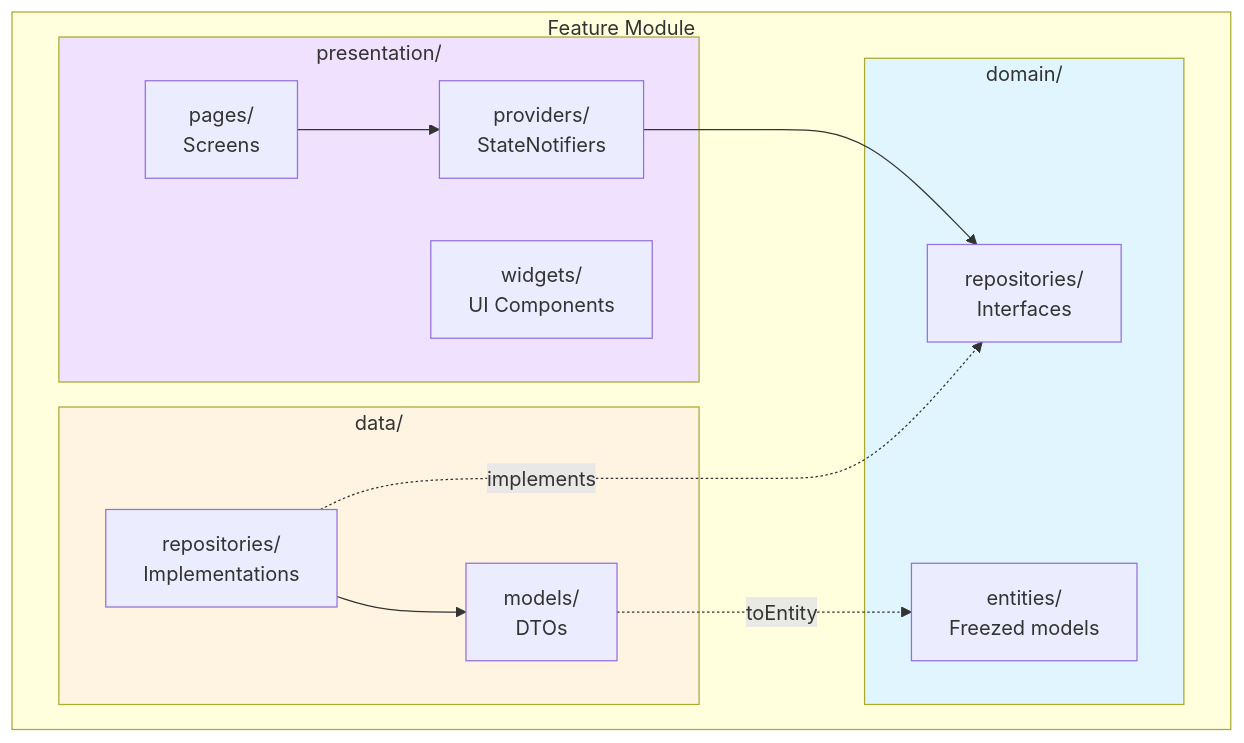
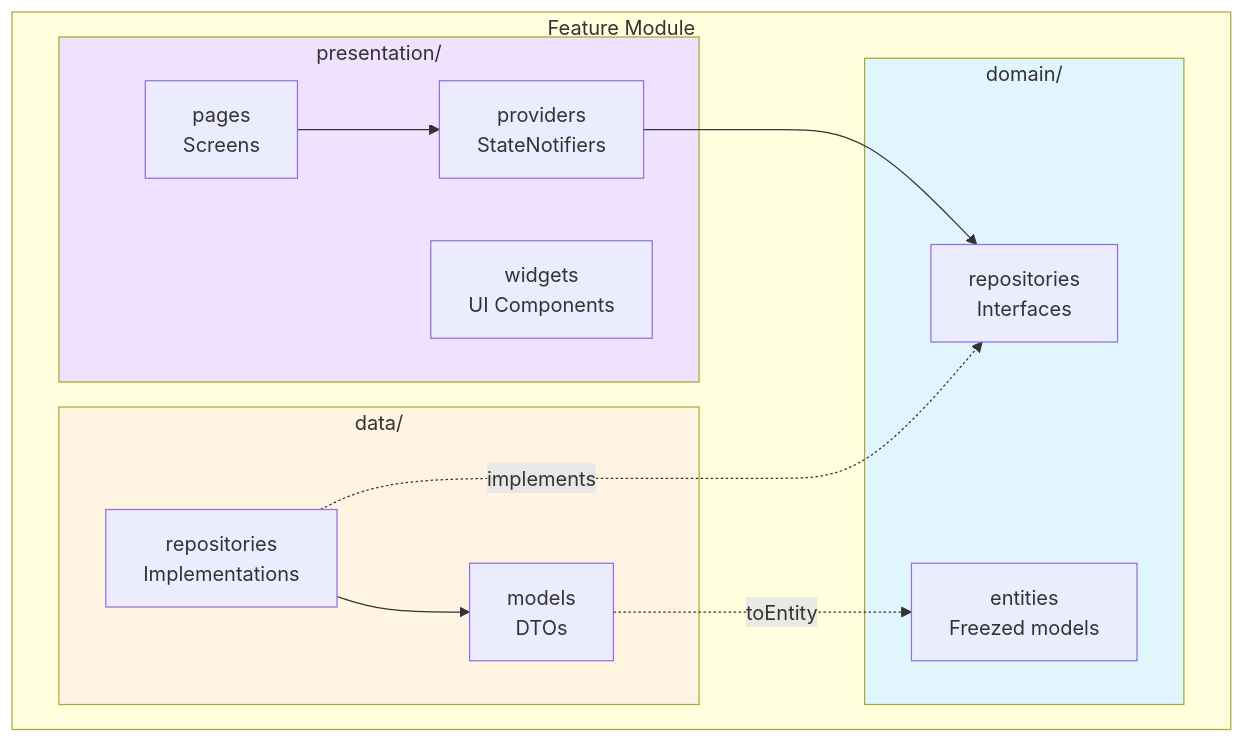
The second of 6 diagrams in docs/content/docs/mobile/features.md (altrupets/monorepo), drawn with Mermaid before and after one commit. The commit also changed other lines of this file and 4 other files, not shown here.

First line of the commit message:
fix(docs): simplify Mermaid diagrams to resolve rendering errors

````diff
--- a/docs/content/docs/mobile/features.md
+++ b/docs/content/docs/mobile/features.md
@@ -41,30 +41,30 @@
 ```mermaid
-graph TB
-    subgraph Feature["Feature Module"]
-        subgraph Domain["domain/"]
-            Entities["entities/<br/>Freezed models"]
-            RepoInt["repositories/<br/>Interfaces"]
+flowchart TB
+    subgraph Feature[Feature Module]
+        subgraph Domain[domain/]
+            Entities[entities<br/>Freezed models]
+            RepoInt[repositories<br/>Interfaces]
         end
-        
-        subgraph Data["data/"]
-            Models["models/<br/>DTOs"]
-            RepoImpl["repositories/<br/>Implementations"]
+
+        subgraph Data[data/]
+            Models[models<br/>DTOs]
+            RepoImpl[repositories<br/>Implementations]
         end
-        
-        subgraph Presentation["presentation/"]
-            Pages["pages/<br/>Screens"]
-            Providers["providers/<br/>StateNotifiers"]
-            Widgets["widgets/<br/>UI Components"]
+
+        subgraph Presentation[presentation/]
+            Pages[pages<br/>Screens]
+            Providers[providers<br/>StateNotifiers]
+            Widgets[widgets<br/>UI Components]
         end
     end
-    
+
     Pages --> Providers
     Providers --> RepoInt
     RepoImpl -.->|implements| RepoInt
     RepoImpl --> Models
     Models -.->|toEntity| Entities
-    
+
     style Domain fill:#e1f5ff
     style Data fill:#fff4e1
     style Presentation fill:#f0e1ff
 ```
````
